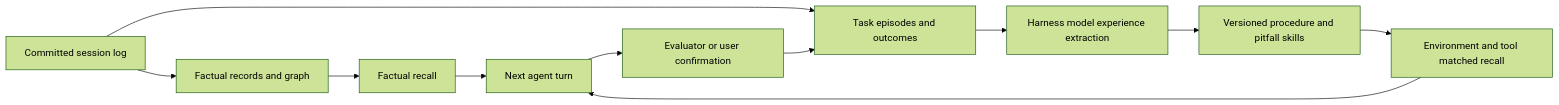
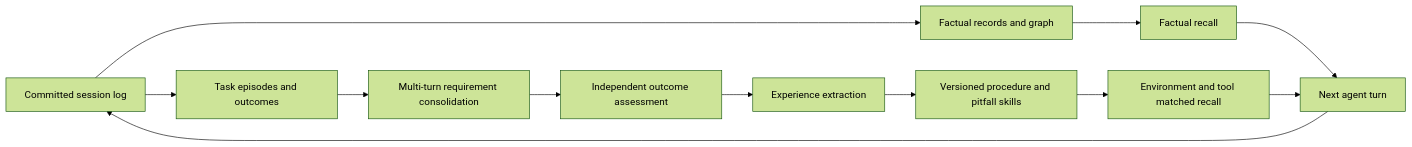
The diagram in README.md (CenYangtze/dsh-advanced-mem-plugin), drawn with Mermaid (forest theme) before and after one commit. The commit also changed other lines of this file and 31 other files, not shown here.

Commit message:
feat: automate task-aware experience memory and model settings

````diff
--- a/README.md
+++ b/README.md
@@ -7,13 +7,14 @@
 ```mermaid
 flowchart LR
   L[Committed session log] --> F[Factual records and graph]
   L --> E[Task episodes and outcomes]
-  E --> D[Harness model experience extraction]
+  E --> C[Multi-turn requirement consolidation]
+  C --> V[Independent outcome assessment]
+  V --> D[Experience extraction]
   D --> S[Versioned procedure and pitfall skills]
   F --> FR[Factual recall]
   S --> ER[Environment and tool matched recall]
   FR --> T[Next agent turn]
   ER --> T
-  V[Evaluator or user confirmation] --> E
-  T --> V
+  T --> L
 ```
````
